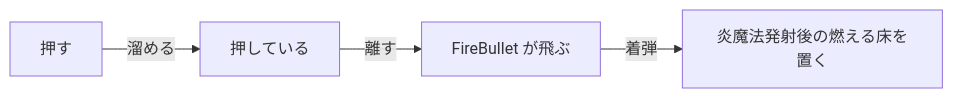
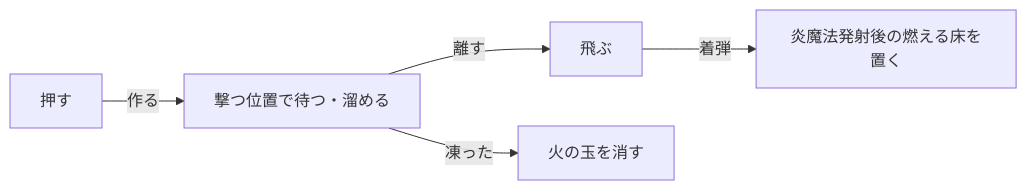
Before and after one commit to hirota-ryuki/Action: the diagram in Action/docs/ゲーム/魔法/炎魔法の設計.md, drawn with Mermaid. The commit also changed other lines of this file and 27 other files, not shown here.

````diff
--- a/Action/docs/ゲーム/魔法/炎魔法の設計.md
+++ b/Action/docs/ゲーム/魔法/炎魔法の設計.md
@@ -17,6 +18,7 @@
 ```mermaid
 flowchart LR
-    P[押す] -->|溜める| H[押している]
-    H -->|離す| B[FireBullet が飛ぶ]
-    B -->|着弾| G[炎魔法発射後の燃える床を置く]
+    P[押す] -->|作る| H[撃つ位置で待つ・溜める]
+    H -->|離す| F[飛ぶ]
+    H -->|凍った| X[火の玉を消す]
+    F -->|着弾| G[炎魔法発射後の燃える床を置く]
 ```
````
